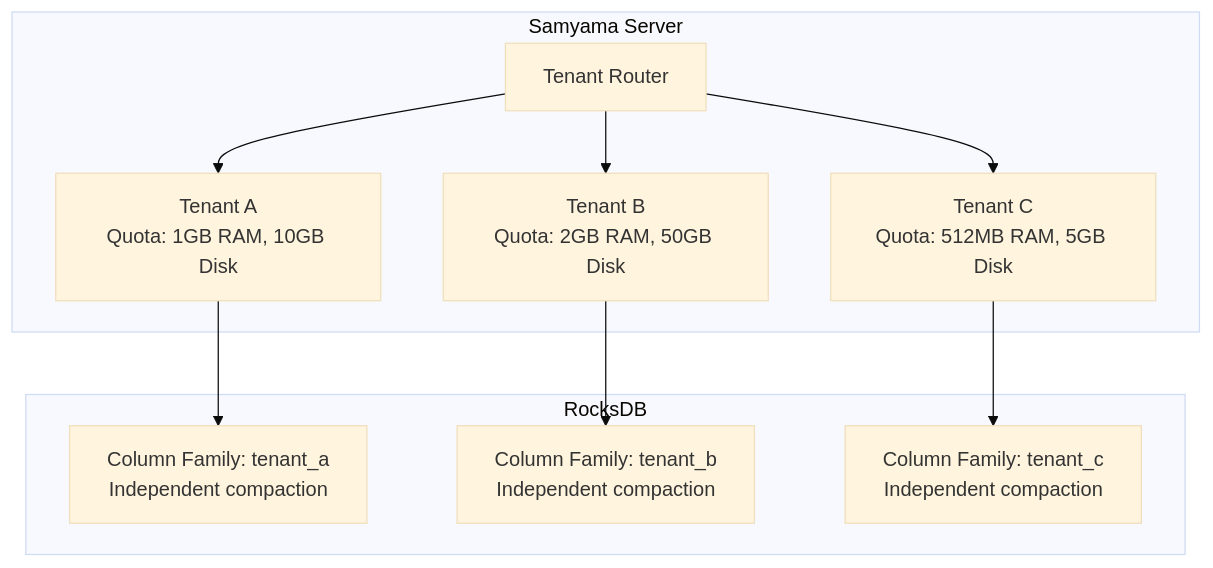
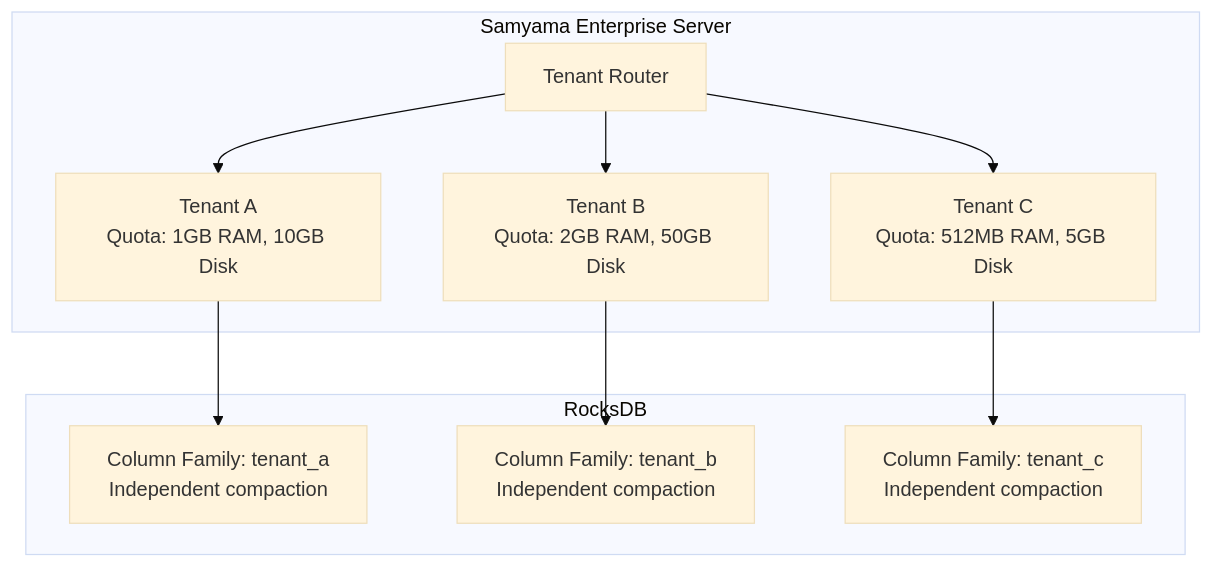
The diagram in src/observability_multi_tenancy.md (samyama-ai/samyama-graph-book), drawn with Mermaid (base theme) before and after one commit. The commit also changed other lines of this file and 2 other files, not shown here.

First line of the commit message:
docs: update edition comparison — multi-tenancy is enterprise-only

````diff
--- a/src/observability_multi_tenancy.md
+++ b/src/observability_multi_tenancy.md
@@ -11,15 +13,15 @@
 ```mermaid
 graph TD
-    subgraph "Samyama Server"
+    subgraph "Samyama Enterprise Server"
         Router["Tenant Router"]
         Router --> TenantA["Tenant A<br>Quota: 1GB RAM, 10GB Disk"]
         Router --> TenantB["Tenant B<br>Quota: 2GB RAM, 50GB Disk"]
         Router --> TenantC["Tenant C<br>Quota: 512MB RAM, 5GB Disk"]
     end
 
     subgraph "RocksDB"
         TenantA --> CFA["Column Family: tenant_a<br>Independent compaction"]
         TenantB --> CFB["Column Family: tenant_b<br>Independent compaction"]
         TenantC --> CFC["Column Family: tenant_c<br>Independent compaction"]
     end
 ```
````
